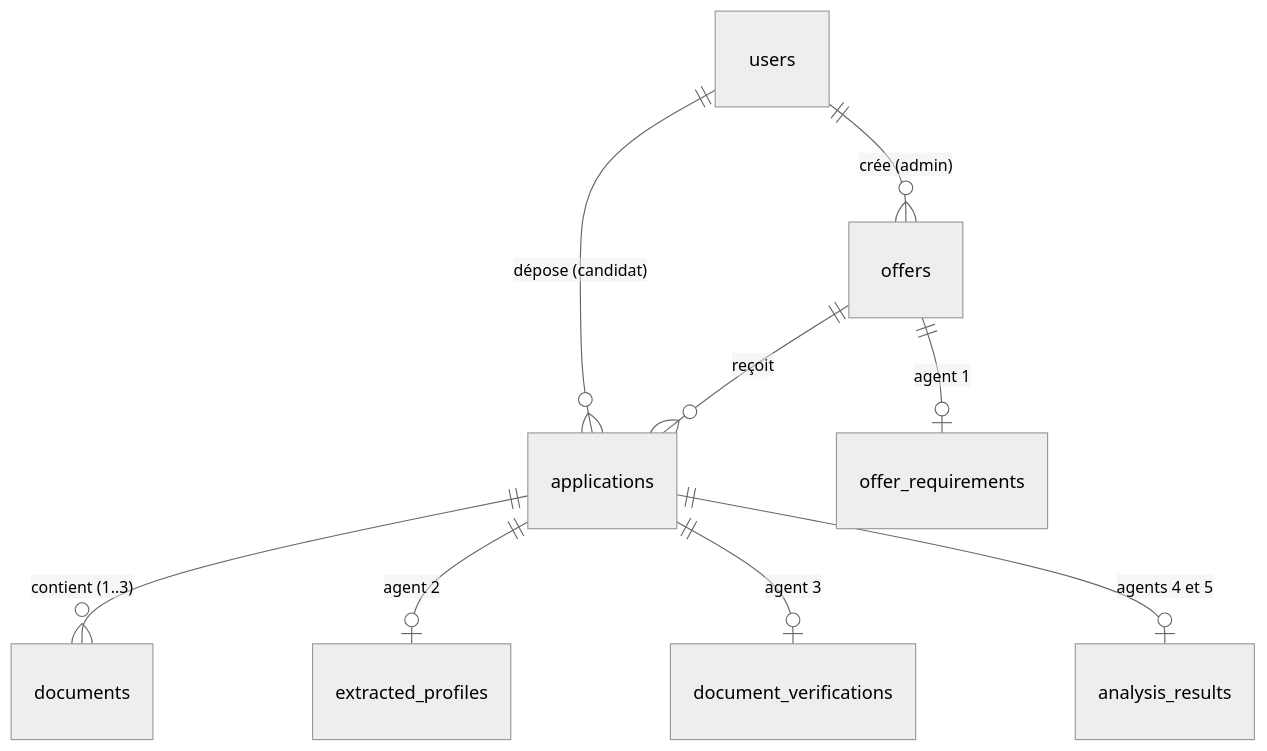
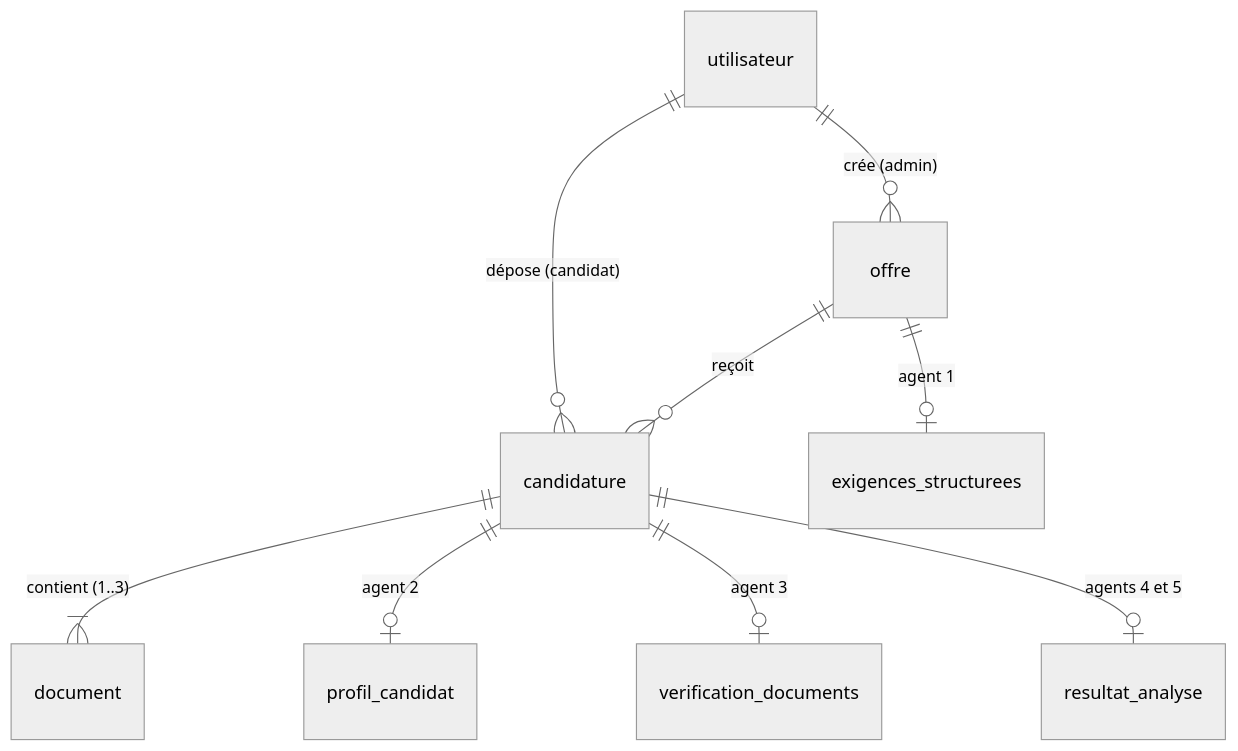
One commit to AI-Agentic-rec/agentic-ai-recruitment changed the third of 4 diagrams in docs/documentation_technique.md. Above: the diagram before and after it, drawn with Mermaid (neutral theme). The commit also changed other lines of this file and 44 other files, not shown here.

Commit message:
Base alignée sur le diagramme UML v2 + enregistrement des résultats (4 tables)

````diff
--- a/docs/documentation_technique.md
+++ b/docs/documentation_technique.md
@@ -213,11 +216,11 @@
 ```mermaid
 erDiagram
-    users ||--o{ offers : "crée (admin)"
-    users ||--o{ applications : "dépose (candidat)"
-    offers ||--o{ applications : "reçoit"
-    offers ||--o| offer_requirements : "agent 1"
-    applications ||--o{ documents : "contient (1..3)"
-    applications ||--o| extracted_profiles : "agent 2"
-    applications ||--o| document_verifications : "agent 3"
-    applications ||--o| analysis_results : "agents 4 et 5"
+    utilisateur ||--o{ offre : "crée (admin)"
+    utilisateur ||--o{ candidature : "dépose (candidat)"
+    offre ||--o{ candidature : "reçoit"
+    offre ||--o| exigences_structurees : "agent 1"
+    candidature ||--|{ document : "contient (1..3)"
+    candidature ||--o| profil_candidat : "agent 2"
+    candidature ||--o| verification_documents : "agent 3"
+    candidature ||--o| resultat_analyse : "agents 4 et 5"
 ```
````
